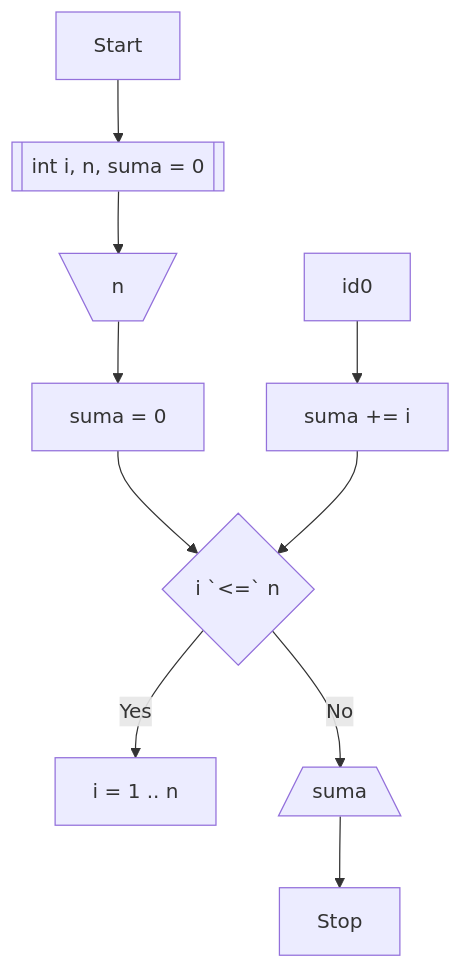
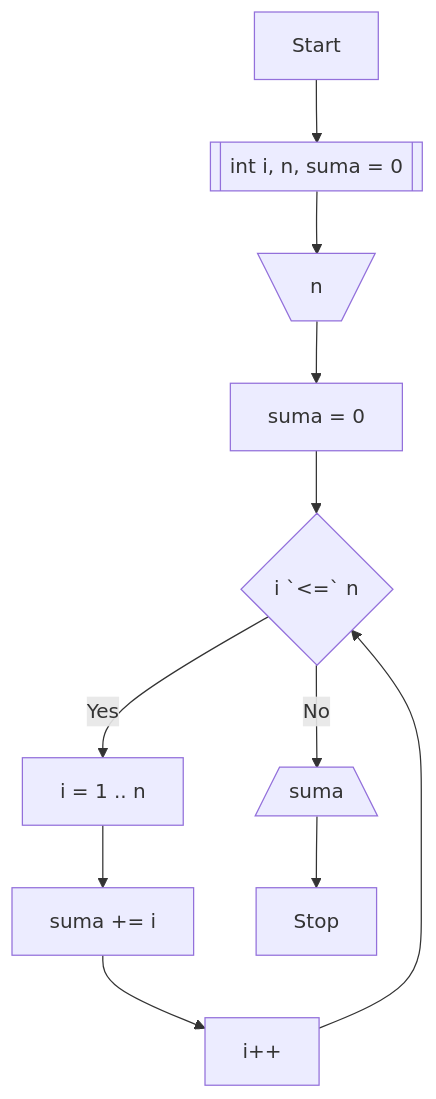
The diagram in zadatak.md (radlovacki/proba), drawn with Mermaid before and after one commit.

````diff
--- a/zadatak.md
+++ b/zadatak.md
@@ -25,12 +25,13 @@
 ```mermaid
 flowchart TD
     Start --> id1[[int i, n, suma = 0]]
     id1 --> id2[\n/]
     id2 --> id3[suma = 0]
     id3 --> id4{i `<=` n}
     id4 -->|Yes| id40[i = 1 .. n]
-    id0 --> id5[suma += i]
-    id5 --> id4
-    id4 -->|No| id6[/suma\]
-    id6 --> id7[Stop]
+    id40 --> id41[suma += i]
+    id41 --> id42[i++]
+    id42 --> id4
+    id4 -->|No| id5[/suma\]
+    id5 --> id6[Stop]
 ```
````
